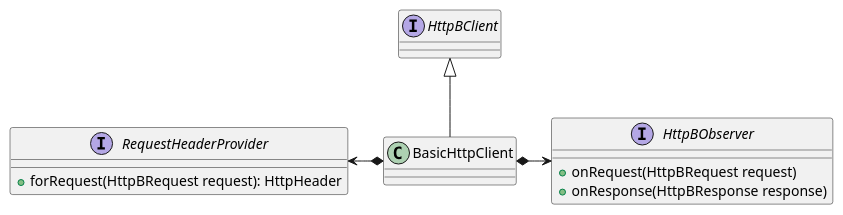
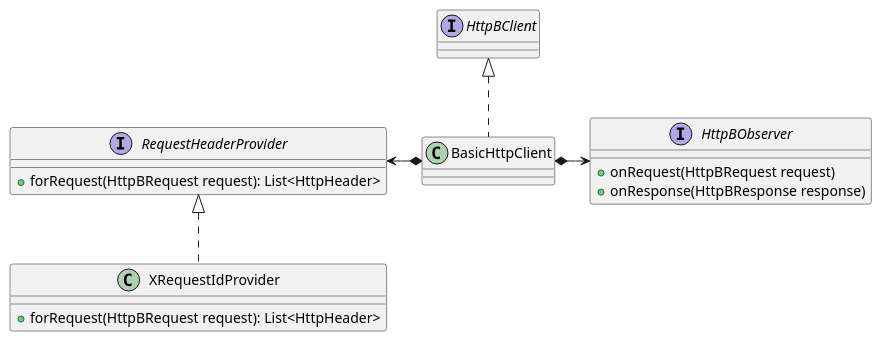
Before and after one commit to gematik/lib-bbriccs: the diagram in adocs/plantuml/rest-plugins.puml, drawn with PlantUML. The commit also changed 963 other files, not shown here.

```diff
--- a/adocs/plantuml/rest-plugins.puml
+++ b/adocs/plantuml/rest-plugins.puml
@@ -1,17 +1,22 @@
 @startuml
 interface HttpBClient
 class BasicHttpClient
 
 interface RequestHeaderProvider {
-  + forRequest(HttpBRequest request): HttpHeader
+  + forRequest(HttpBRequest request): List<HttpHeader>
 }
 
 interface HttpBObserver {
   + onRequest(HttpBRequest request)
   + onResponse(HttpBResponse response)
 }
 
-BasicHttpClient -u-|> HttpBClient
+class XRequestIdProvider {
+  + forRequest(HttpBRequest request): List<HttpHeader>
+}
+
+BasicHttpClient .u.|> HttpBClient
 BasicHttpClient *-l-> RequestHeaderProvider
 BasicHttpClient *-r-> HttpBObserver
+XRequestIdProvider .u.|> RequestHeaderProvider
 @enduml
```
